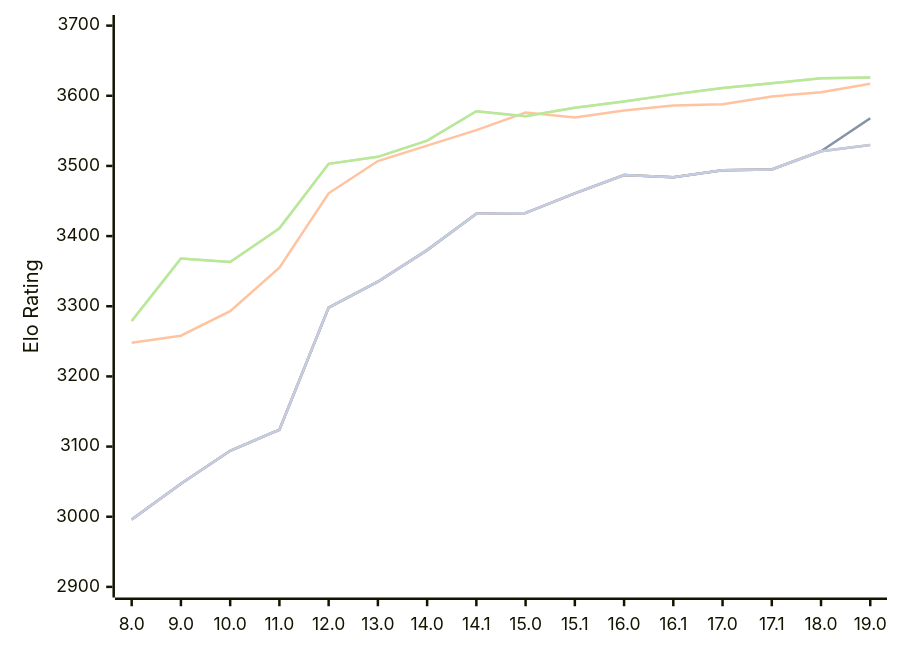
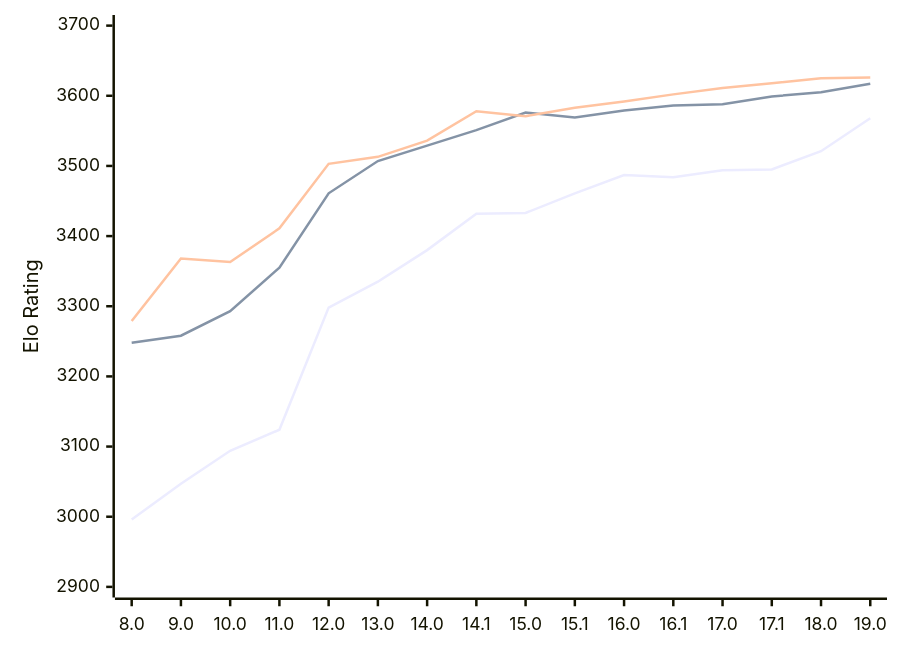
One commit to computer-chess-index/cci changed the diagram in engines/Stockfish.md. Above: the diagram before and after it, drawn with Mermaid. The commit also changed other lines of this file, not shown here.

````diff
--- a/engines/Stockfish.md
+++ b/engines/Stockfish.md
@@ -62,13 +62,9 @@
 ```mermaid
 %%{init: {"theme":"base","themeVariables":{"seriesColors:['#a3a3a3','#222221','#faa371']}}}%%
 xychart-beta
   x-axis ["8.0", "9.0", "10.0", "11.0", "12.0", "13.0", "14.0", "14.1", "15.0", "15.1", "16.0", "16.1", "17.0", "17.1", "18.0", "19.0"]
   y-axis "Elo Rating" 2900 --> 3700
-  line "" [2996, 3047, 3094, 3124, 3298, 3335, 3380, 3432, 3433, 3461, 3487, 3484, 3494, 3495, 3521, 3568]
   line "T1: STC (8.0+0.08s)" [2996, 3047, 3094, 3124, 3298, 3335, 3380, 3432, 3433, 3461, 3487, 3484, 3494, 3495, 3521, 3568]
   line "T1: LTC (60.0+0.60s)" [3248, 3258, 3293, 3355, 3461, 3507, 3529, 3551, 3576, 3569, 3579, 3586, 3588, 3599, 3605, 3617]
-  line "" [3279, 3368, 3363, 3411, 3503, 3513, 3536, 3578, 3571, 3583, 3592, 3602, 3611, 3618, 3625, 3626]
   line "T1: VLTC (2m24s+1.12s)" [3279, 3368, 3363, 3411, 3503, 3513, 3536, 3578, 3571, 3583, 3592, 3602, 3611, 3618, 3625, 3626]
-  line "" [2996, 3047, 3094, 3124, 3298, 3335, 3380, 3432, 3433, 3461, 3487, 3484, 3494, 3495, 3521,3530]
-  line "E1: STC (8.0+0.08s)" [2996, 3047, 3094, 3124, 3298, 3335, 3380, 3432, 3433, 3461, 3487, 3484, 3494, 3495, 3521,3530]
 ```
````
